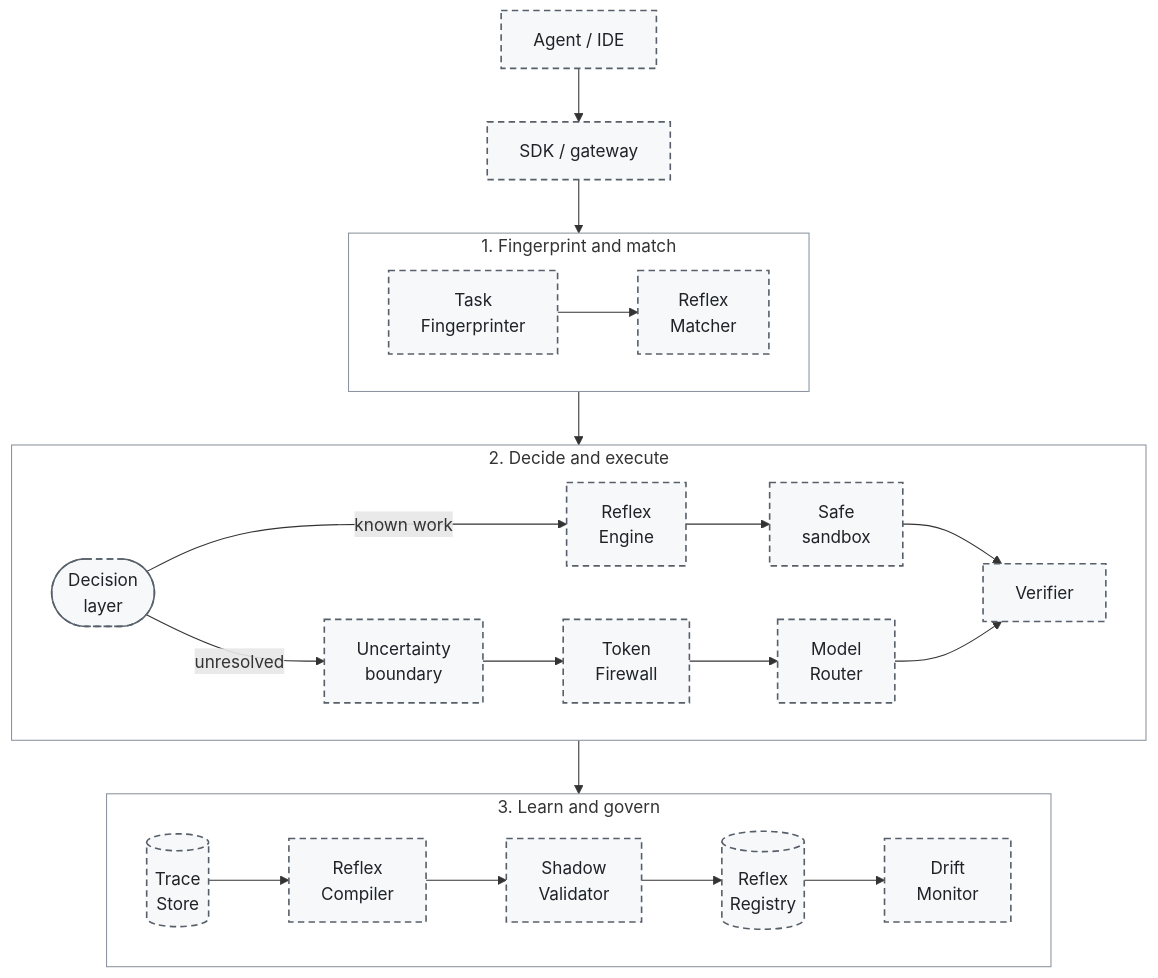
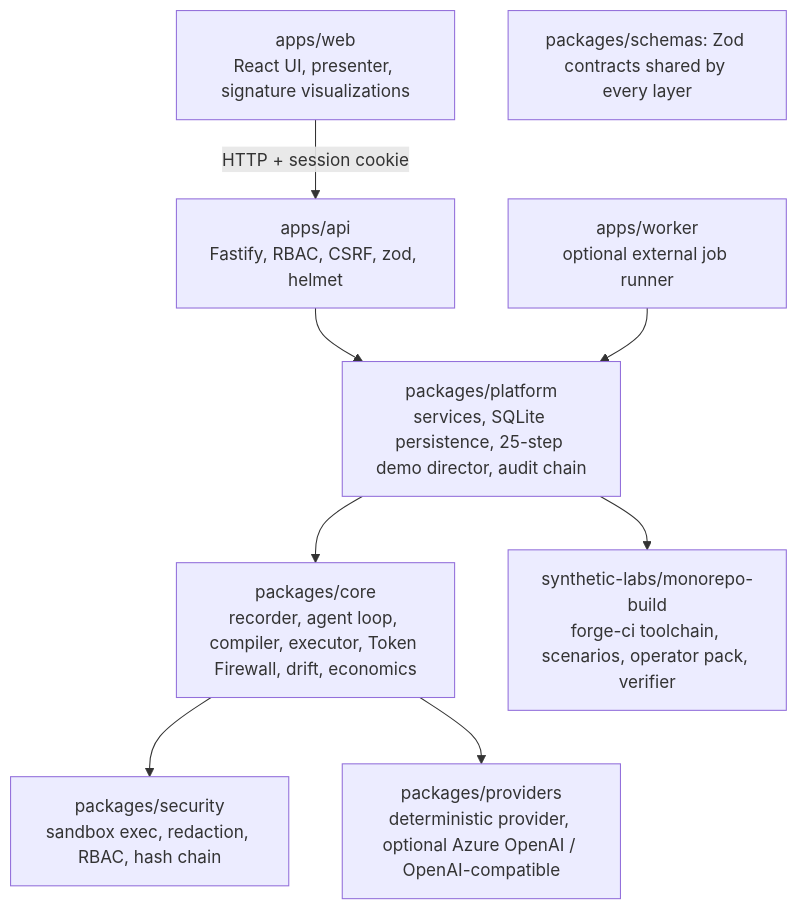
The third of 3 diagrams in README.md (snowjug/BigForge), drawn with Mermaid before and after one commit. The commit also changed other lines of this file and 1 other file, not shown here.

````diff
--- a/README.md
+++ b/README.md
@@ -437,25 +142,14 @@
 ```mermaid
 flowchart TB
-    A["Agent / IDE"] --> G["SDK / gateway"]
-    G --> MATCH
-    subgraph MATCH["1. Fingerprint and match"]
-        direction LR
-        F["Task<br/>Fingerprinter"] --> M["Reflex<br/>Matcher"]
-    end
-    MATCH --> RUN
-    subgraph RUN["2. Decide and execute"]
-        direction LR
-        D(["Decision<br/>layer"]) -->|known work| E["Reflex<br/>Engine"] --> S["Safe<br/>sandbox"] --> V["Verifier"]
-        D -->|unresolved| U["Uncertainty<br/>boundary"] --> TF["Token<br/>Firewall"] --> R["Model<br/>Router"] --> V
-    end
-    RUN --> LEARN
-    subgraph LEARN["3. Learn and govern"]
-        direction LR
-        T[("Trace<br/>Store")] --> C["Reflex<br/>Compiler"] --> SV["Shadow<br/>Validator"] --> REG[("Reflex<br/>Registry")] --> DM["Drift<br/>Monitor"]
-    end
-    classDef planned fill:#f6f8fa,stroke:#57606a,color:#1f2328,stroke-dasharray:6 4,stroke-width:1.5px;
-    class A,G,F,M,D,E,S,U,TF,R,V,T,C,SV,REG,DM planned;
-    style MATCH fill:none,stroke:#8c959f;
-    style RUN fill:none,stroke:#8c959f;
-    style LEARN fill:none,stroke:#8c959f;
+    WEB["apps/web<br/>React UI, presenter, signature visualizations"] -->|"HTTP + session cookie"| API
+    API["apps/api<br/>Fastify, RBAC, CSRF, zod, helmet"] --> PLAT
+    WORKER["apps/worker<br/>optional external job runner"] --> PLAT
+    PLAT["packages/platform<br/>services, SQLite persistence, 25-step demo director, audit chain"] --> CORE
+    PLAT --> LAB
+    CORE["packages/core<br/>recorder, agent loop, compiler, executor, Token Firewall, drift, economics"] --> SEC
+    CORE --> PROV
+    SEC["packages/security<br/>sandbox exec, redaction, RBAC, hash chain"]
+    PROV["packages/providers<br/>deterministic provider, optional Azure OpenAI / OpenAI-compatible"]
+    LAB["synthetic-labs/monorepo-build<br/>forge-ci toolchain, scenarios, operator pack, verifier"]
+    SCH["packages/schemas: Zod contracts shared by every layer"]
 ```
````
